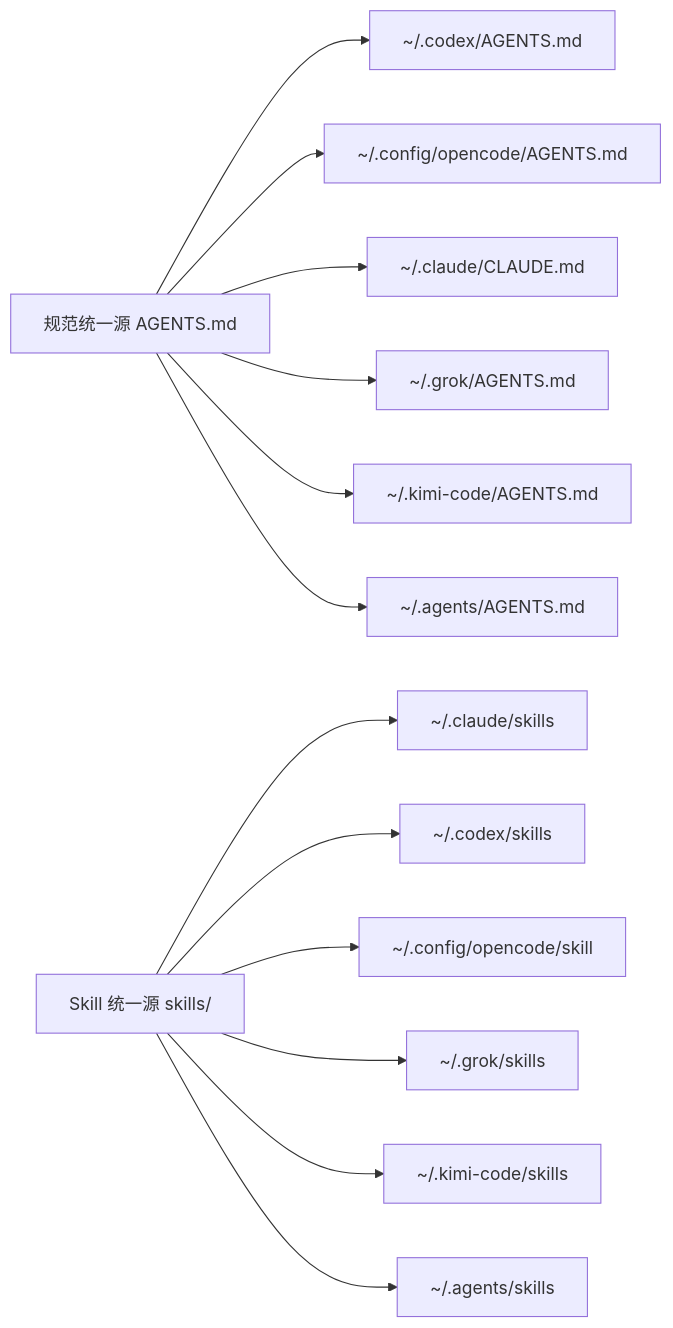
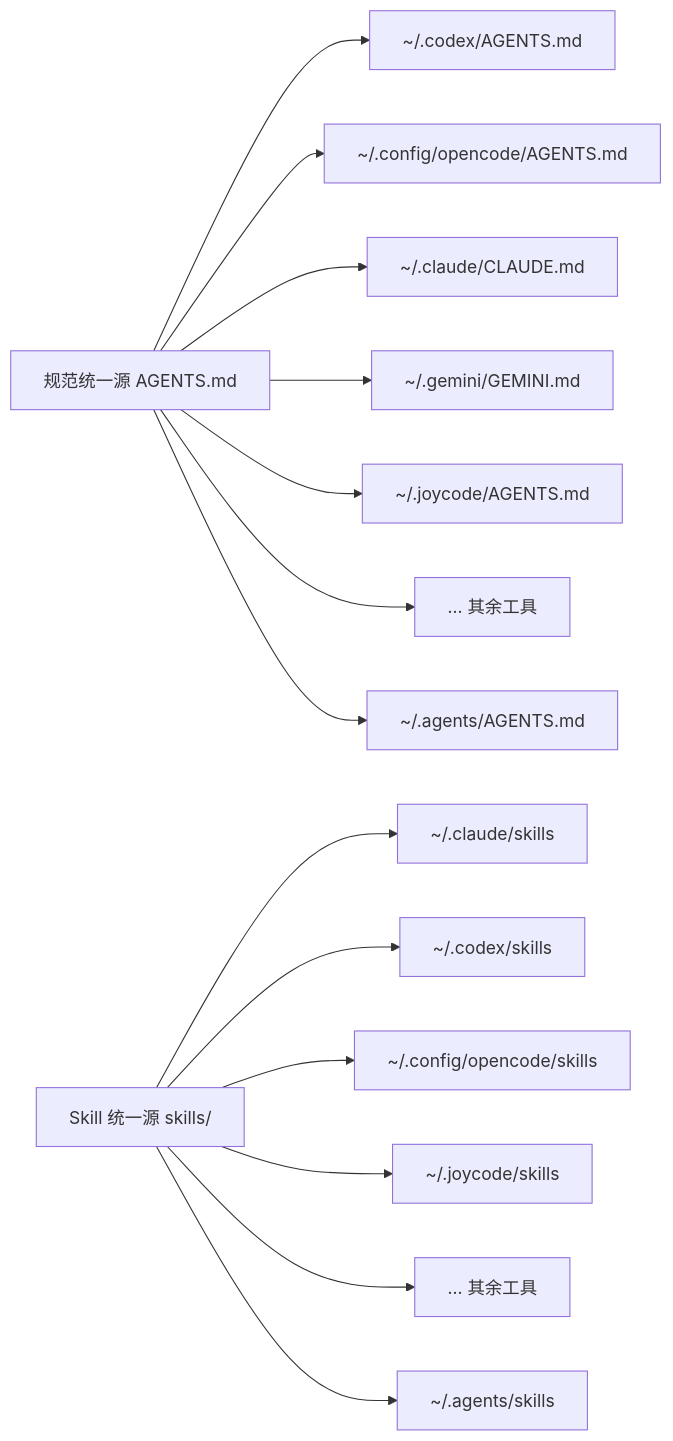
One commit to x0c/agentsync changed the second of 2 diagrams in docs/AGENTSYNC_KNOWLEDGE_BASE.md. Above: the diagram before and after it, drawn with Mermaid. The commit also changed other lines of this file and 10 other files, not shown here.

````diff
--- a/docs/AGENTSYNC_KNOWLEDGE_BASE.md
+++ b/docs/AGENTSYNC_KNOWLEDGE_BASE.md
@@ -55,15 +58,16 @@
 ```mermaid
 flowchart LR
     Source[规范统一源 AGENTS.md] --> Codex[~/.codex/AGENTS.md]
     Source --> OpenCode[~/.config/opencode/AGENTS.md]
     Source --> Claude[~/.claude/CLAUDE.md]
-    Source --> Grok[~/.grok/AGENTS.md]
-    Source --> Kimi[~/.kimi-code/AGENTS.md]
+    Source --> Gemini[~/.gemini/GEMINI.md]
+    Source --> JoyCode[~/.joycode/AGENTS.md]
+    Source --> Etc1[... 其余工具]
     Source --> Agents[~/.agents/AGENTS.md]
     SkillSource[Skill 统一源 skills/] --> ClaudeSkills[~/.claude/skills]
     SkillSource --> CodexSkills[~/.codex/skills]
-    SkillSource --> OpenCodeSkills[~/.config/opencode/skill]
-    SkillSource --> GrokSkills[~/.grok/skills]
-    SkillSource --> KimiSkills[~/.kimi-code/skills]
+    SkillSource --> OpenCodeSkills[~/.config/opencode/skills]
+    SkillSource --> JoyCodeSkills[~/.joycode/skills]
+    SkillSource --> Etc2[... 其余工具]
     SkillSource --> AgentsSkills[~/.agents/skills]
 ```
````
